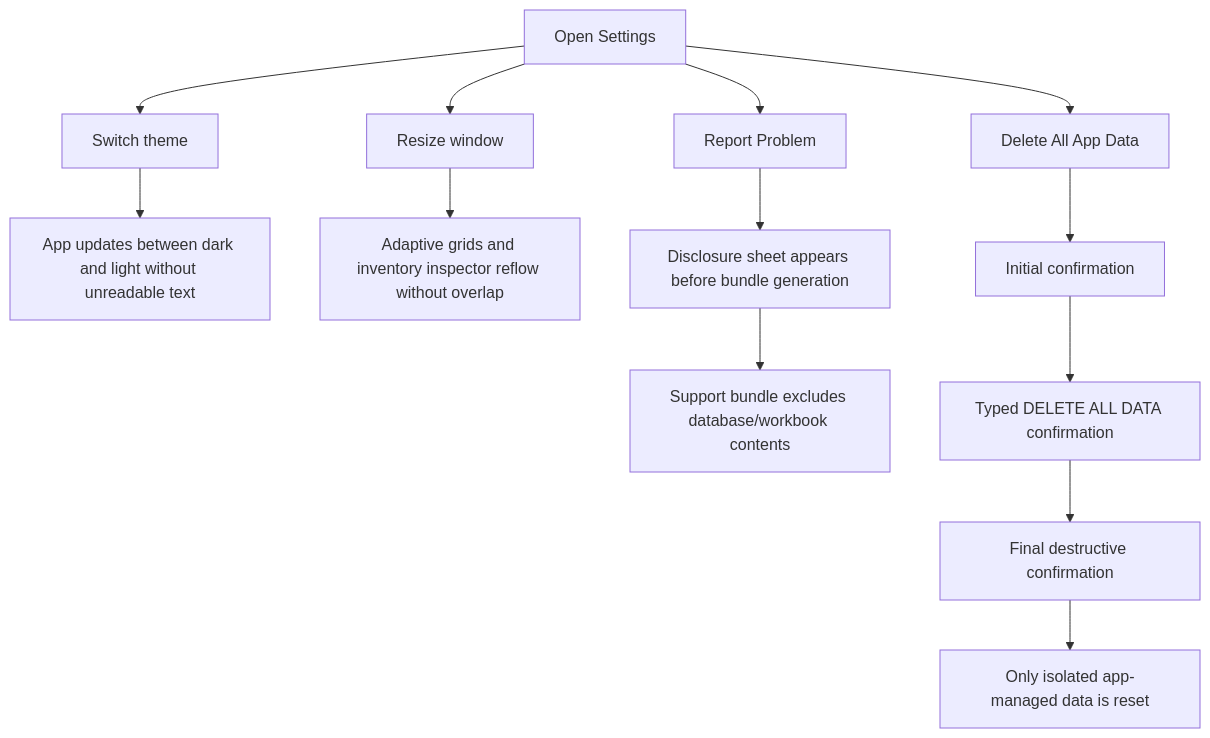
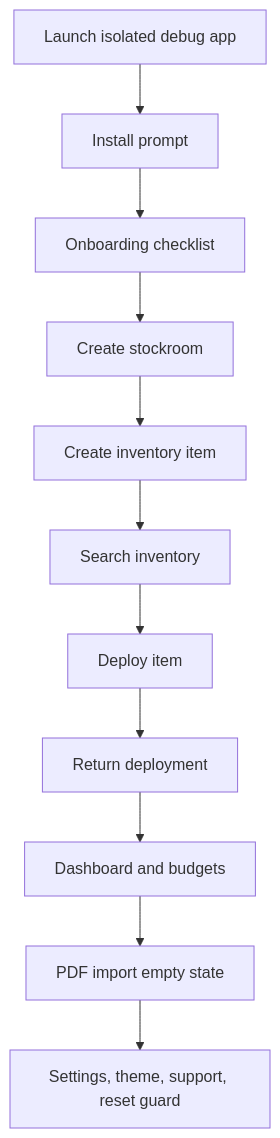
The diagram in docs/dogfood-reports/2026-05-27-main-full-app-dogfood.md (BorrowedFire/Inventory-Manager), drawn with Mermaid before and after one commit. The commit also changed other lines of this file and 1 other file, not shown here.

Commit message:
Fix full-app dogfood UI polish

````diff
--- a/docs/dogfood-reports/2026-05-27-main-full-app-dogfood.md
+++ b/docs/dogfood-reports/2026-05-27-main-full-app-dogfood.md
@@ -145,15 +36,13 @@
 ```mermaid
 flowchart TD
-    A[Open Settings] --> B[Switch theme]
-    B --> C[App updates between dark and light without unreadable text]
-    A --> D[Resize window]
-    D --> E[Adaptive grids and inventory inspector reflow without overlap]
-    A --> F[Report Problem]
-    F --> G[Disclosure sheet appears before bundle generation]
-    G --> H[Support bundle excludes database/workbook contents]
-    A --> I[Delete All App Data]
-    I --> J[Initial confirmation]
-    J --> K[Typed DELETE ALL DATA confirmation]
-    K --> L[Final destructive confirmation]
-    L --> M[Only isolated app-managed data is reset]
+    A[Launch isolated debug app] --> B[Install prompt]
+    B --> C[Onboarding checklist]
+    C --> D[Create stockroom]
+    D --> E[Create inventory item]
+    E --> F[Search inventory]
+    F --> G[Deploy item]
+    G --> H[Return deployment]
+    H --> I[Dashboard and budgets]
+    I --> J[PDF import empty state]
+    J --> K[Settings, theme, support, reset guard]
 ```
````
